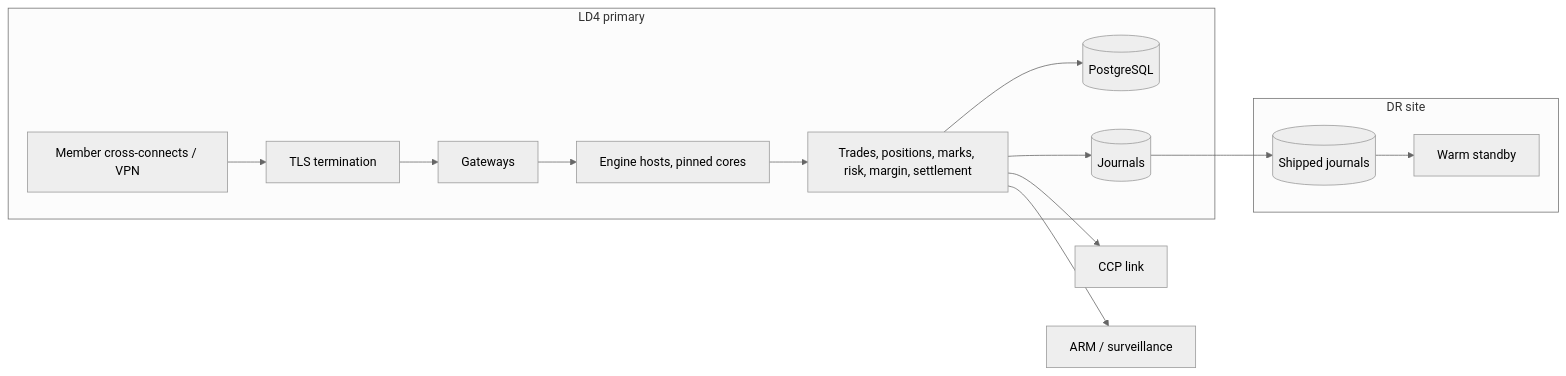
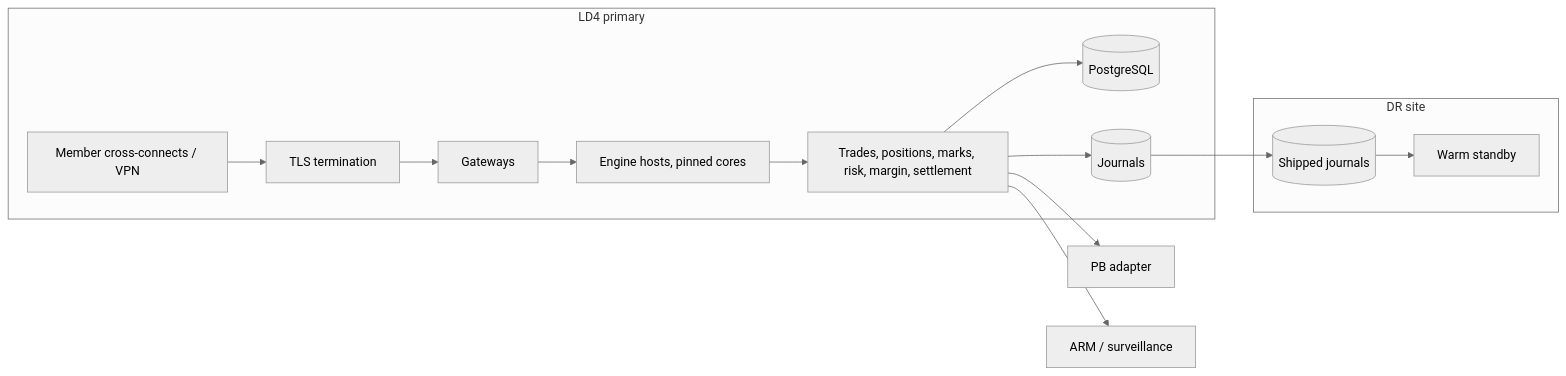
One commit to LevonDerma1221/swans-docs changed the sixth of 7 diagrams in docs/diagrams.md. Above: the diagram before and after it, drawn with Mermaid (neutral theme). The commit also changed other lines of this file and 34 other files, not shown here.

````diff
--- a/docs/diagrams.md
+++ b/docs/diagrams.md
@@ -140,16 +126,16 @@
 ```mermaid
 flowchart LR
   subgraph LD4["LD4 primary"]
     XC[Member cross-connects / VPN] --> LB[TLS termination] --> GW[Gateways]
     GW --> ENG[Engine hosts, pinned cores]
     ENG --> SVC[Trades, positions, marks, risk, margin, settlement]
     SVC --> DB[(PostgreSQL)]
     SVC --> J[(Journals)]
   end
   subgraph DR["DR site"]
     J2[(Shipped journals)] --> WS[Warm standby]
   end
   J --> J2
-  SVC --> CCPL[CCP link]
+  SVC --> PBA[PB adapter]
   SVC --> ARM[ARM / surveillance]
 ```
````
